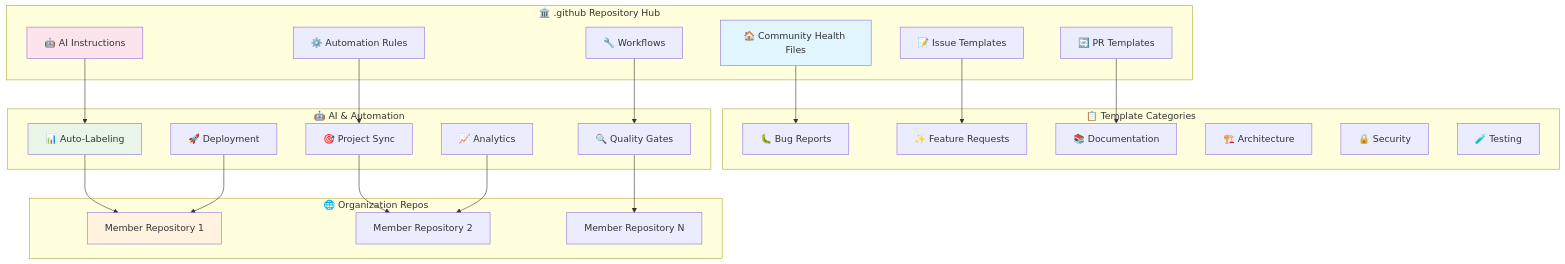
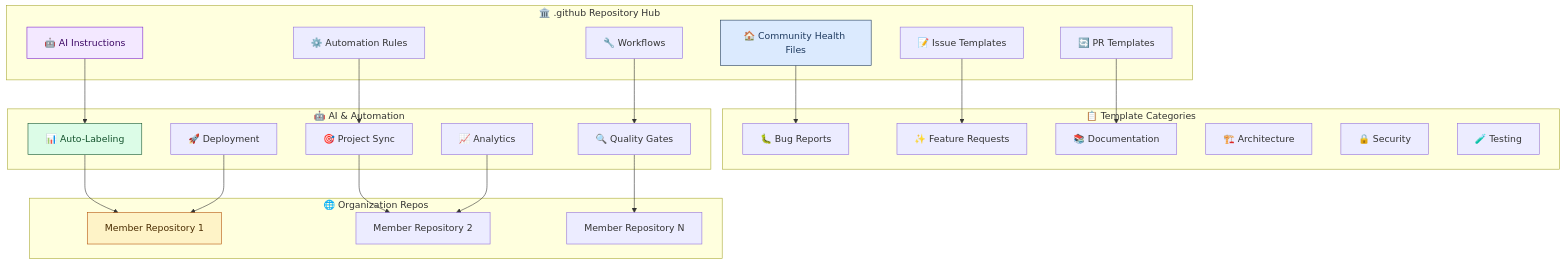
One commit to lightspeedwp/.github changed the first of 4 diagrams in .github/README.md. Above: the diagram before and after it, drawn with Mermaid. The commit also changed other lines of this file and 28 other files, not shown here.

Commit message:
fix: make mermaid diagrams accessible

````diff
--- a/.github/README.md
+++ b/.github/README.md
@@ -64,60 +64,60 @@
 ```mermaid
 ---
 accTitle: GitHub Template Ecosystem Architecture
 accDescr: Flowchart showing the .github repository hub at the center containing community health files, issue templates, PR templates, AI instructions, automation rules, and workflows, flowing to template categories including bug reports, feature requests, documentation, architecture, security, and testing, then to AI and automation systems including auto-labeling, project sync, quality gates, deployment, and analytics, finally connecting to organization repositories
 ---
 flowchart TB
 accTitle: GitHub template ecosystem architecture
 accDescr {
   The .github repository hub at the center distributes six key asset categories (Community Health Files, Issue Templates, PR Templates, AI Instructions, Automation Rules, Workflows) to six template categories (Bug Reports, Feature Requests, Documentation, Architecture, Security, Testing), which feed into three automation components (Auto-Labeling, Project Sync, Quality Gates) that synchronise to member repositories across the organization.
 }
     subgraph "🏛️ .github Repository Hub"
         A[🏠 Community Health Files]
         B[📝 Issue Templates]
         C[🔄 PR Templates]
         D[🤖 AI Instructions]
         E[⚙️ Automation Rules]
         F[🔧 Workflows]
     end
 
     subgraph "📋 Template Categories"
         G[🐛 Bug Reports]
         H[✨ Feature Requests]
         I[📚 Documentation]
         J[🏗️ Architecture]
         K[🔒 Security]
         L[🧪 Testing]
     end
 
     subgraph "🤖 AI & Automation"
         M[📊 Auto-Labeling]
         N[🎯 Project Sync]
         O[🔍 Quality Gates]
         P[🚀 Deployment]
         Q[📈 Analytics]
     end
 
     subgraph "🌐 Organization Repos"
         R[Member Repository 1]
         S[Member Repository 2]
         T[Member Repository N]
     end
 
     A --> G
     B --> H
     C --> I
     D --> M
     E --> N
     F --> O
 
     M --> R
     N --> S
     O --> T
     P --> R
     Q --> S
 
-    style A fill:#e1f5fe
-    style D fill:#fce4ec
-    style M fill:#e8f5e8
-    style R fill:#fff3e0
+    style A fill:#dbeafe,color:#1e3a5f,stroke:#1e3a5f
+    style D fill:#f3e8ff,color:#3b0764,stroke:#7e22ce
+    style M fill:#dcfce7,color:#14532d,stroke:#14532d
+    style R fill:#fef3c7,color:#4a2c00,stroke:#b45309
 ```
````
